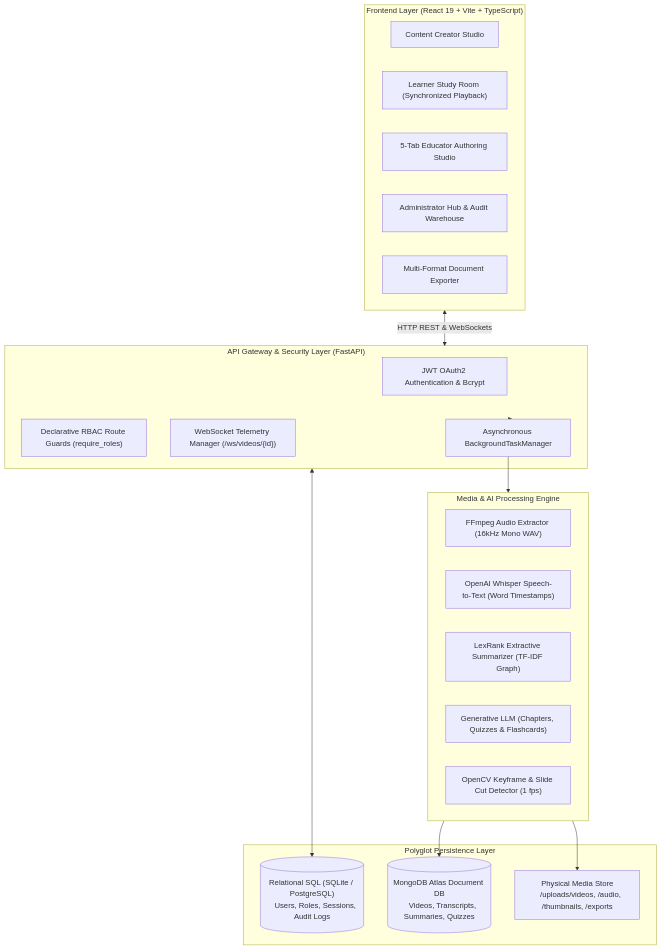
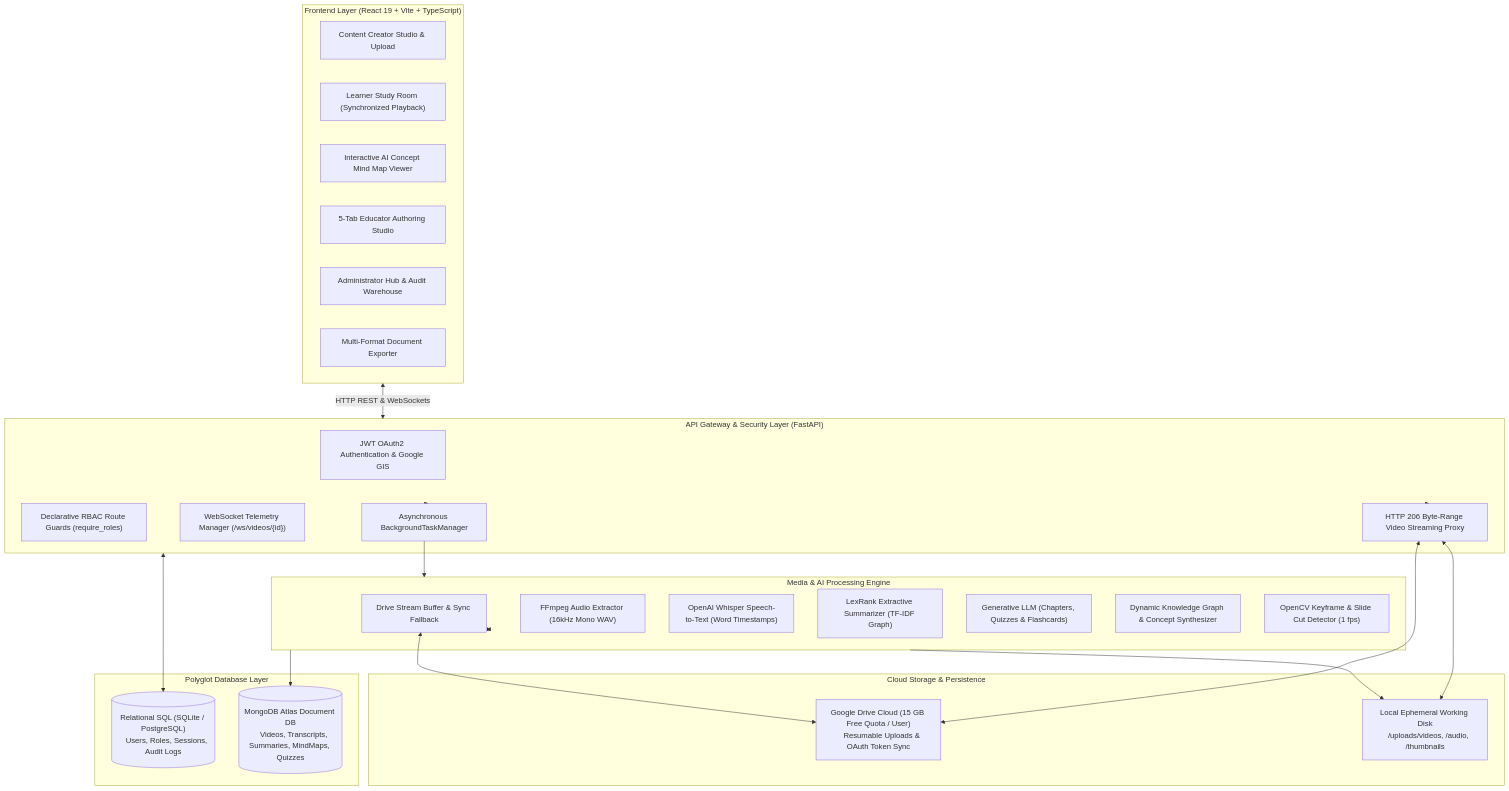
The first of 2 diagrams in CLIPMIND AI/docs/COMPLETE_PROJECT_DOCUMENTATION.md (springboardmentor910069x-afk/AI-VIDEO-AUTOMATION-), drawn with Mermaid before and after one commit. The commit also changed other lines of this file and 16 other files, not shown here.

Commit message:
feat(docs,pipeline,ui): update docs, 10-slide visual PPT, Drive zero-loss pipeline & ultra-premium dual-theme UI

````diff
--- a/CLIPMIND AI/docs/COMPLETE_PROJECT_DOCUMENTATION.md
+++ b/CLIPMIND AI/docs/COMPLETE_PROJECT_DOCUMENTATION.md
@@ -123,41 +145,55 @@
 ```mermaid
 flowchart TB
   subgraph Client_Layer["Frontend Layer (React 19 + Vite + TypeScript)"]
-    Creator_UI["Content Creator Studio"]
+    Creator_UI["Content Creator Studio & Upload"]
     Learner_UI["Learner Study Room (Synchronized Playback)"]
+    MindMap_UI["Interactive AI Concept Mind Map Viewer"]
     Educator_UI["5-Tab Educator Authoring Studio"]
     Admin_UI["Administrator Hub & Audit Warehouse"]
     Export_UI["Multi-Format Document Exporter"]
   end
 
   subgraph Gateway_Layer["API Gateway & Security Layer (FastAPI)"]
-    Auth_Module["JWT OAuth2 Authentication & Bcrypt"]
+    Auth_Module["JWT OAuth2 Authentication & Google GIS"]
     RBAC_Guard["Declarative RBAC Route Guards (require_roles)"]
+    Stream_Proxy["HTTP 206 Byte-Range Video Streaming Proxy"]
     WS_Hub["WebSocket Telemetry Manager (/ws/videos/{id})"]
     Task_Manager["Asynchronous BackgroundTaskManager"]
   end
 
+  subgraph Cloud_Storage_Layer["Cloud Storage & Persistence"]
+    Google_Drive["Google Drive Cloud (15 GB Free Quota / User)
+    Resumable Uploads & OAuth Token Sync"]
+    Disk_Store["Local Ephemeral Working Disk
+    /uploads/videos, /audio, /thumbnails"]
+  end
+
   subgraph Pipeline_Layer["Media & AI Processing Engine"]
+    Drive_Downloader["Drive Stream Buffer & Sync Fallback"]
     FFmpeg_Proc["FFmpeg Audio Extractor (16kHz Mono WAV)"]
     Whisper_STT["OpenAI Whisper Speech-to-Text (Word Timestamps)"]
     LexRank_Engine["LexRank Extractive Summarizer (TF-IDF Graph)"]
     LLM_Engine["Generative LLM (Chapters, Quizzes & Flashcards)"]
+    MindMap_Engine["Dynamic Knowledge Graph & Concept Synthesizer"]
     CV_Engine["OpenCV Keyframe & Slide Cut Detector (1 fps)"]
   end
 
-  subgraph Storage_Layer["Polyglot Persistence Layer"]
+  subgraph Database_Layer["Polyglot Database Layer"]
     SQL_DB[("Relational SQL (SQLite / PostgreSQL)
     Users, Roles, Sessions, Audit Logs")]
     Mongo_DB[("MongoDB Atlas Document DB
-    Videos, Transcripts, Summaries, Quizzes")]
-    Disk_Store["Physical Media Store
-    /uploads/videos, /audio, /thumbnails, /exports"]
+    Videos, Transcripts, Summaries, MindMaps, Quizzes")]
   end
 
   Client_Layer <-->|HTTP REST & WebSockets| Gateway_Layer
   Gateway_Layer <--> SQL_DB
+  Gateway_Layer --> Stream_Proxy
+  Stream_Proxy <--> Google_Drive
+  Stream_Proxy <--> Disk_Store
   Gateway_Layer --> Task_Manager
   Task_Manager --> Pipeline_Layer
+  Pipeline_Layer <--> Drive_Downloader
+  Drive_Downloader <--> Google_Drive
   Pipeline_Layer --> Mongo_DB
   Pipeline_Layer --> Disk_Store
 ```
````
